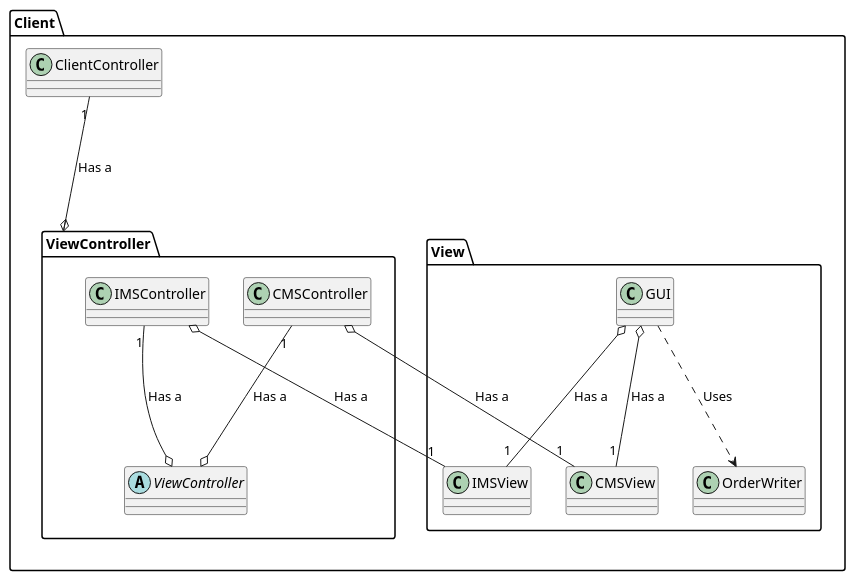
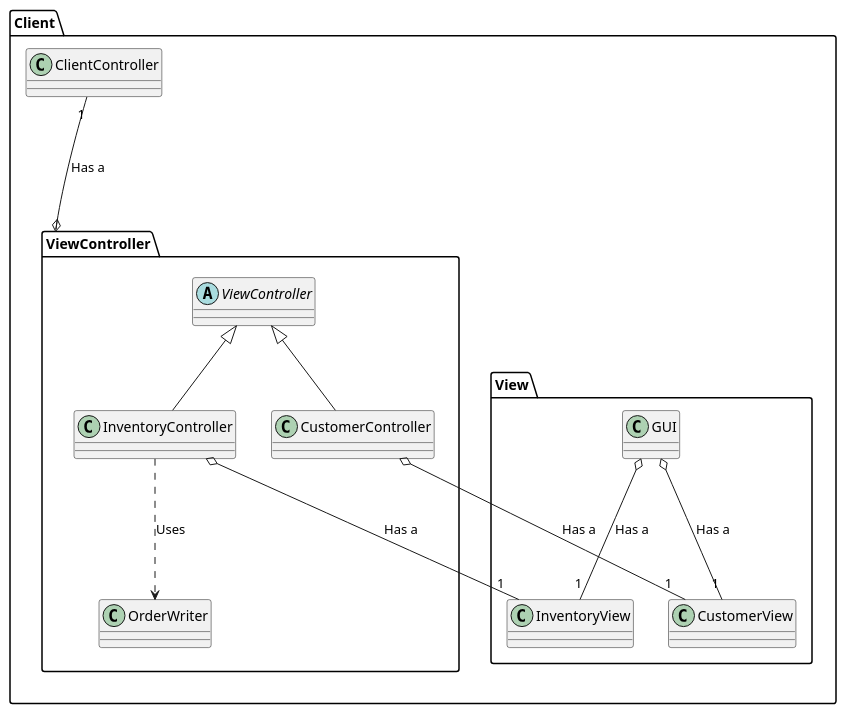
The diagram in UML Models/ClientPackage.md (mklasby/MVC-Distributed-Inventory-Management), drawn with PlantUML before and after one commit. The commit also changed 9 other files, not shown here.

Commit message:
final uml changes

```diff
--- a/UML Models/ClientPackage.md
+++ b/UML Models/ClientPackage.md
@@ -1,38 +1,39 @@
 @startuml
 
 package Client{
 	package ViewController{
 		abstract class ViewController{
     		}
-    		class IMSController{
+    		class InventoryController extends ViewController{
     		}
-    		class CMSController{
+    		class CustomerController extends ViewController{
     		}
-    		CMSController "1" ---o  ViewController: Has a
-    		IMSController "1" ---o ViewController: Has a
+			class OrderWriter{
+    		}
+
     	}
  
   	class ClientController {
   	}
   	
   	package View{
-    		class CMSView {
+    		class CustomerView {
     		}
-    		class IMSView {
+    		class InventoryView {
     		}
     		class GUI{
     		}
-    		class OrderWriter{
-    		}
-    		GUI ...> OrderWriter: Uses
+
+    		
     }
 
  	ClientController "1" ---o ViewController: Has a 
-    IMSController o--- "1" IMSView: Has a
-    CMSController o--- "1" CMSView: Has a
-    GUI o--- "1" CMSView: Has a
-    GUI o--- "1" IMSView: Has a
+    InventoryController o--- "1" InventoryView: Has a
+    CustomerController o--- "1" CustomerView: Has a
+    GUI o--- "1" CustomerView: Has a
+    GUI o--- "1" InventoryView: Has a
+	InventoryController ...> OrderWriter: Uses
 
 }
 
 @enduml
```
